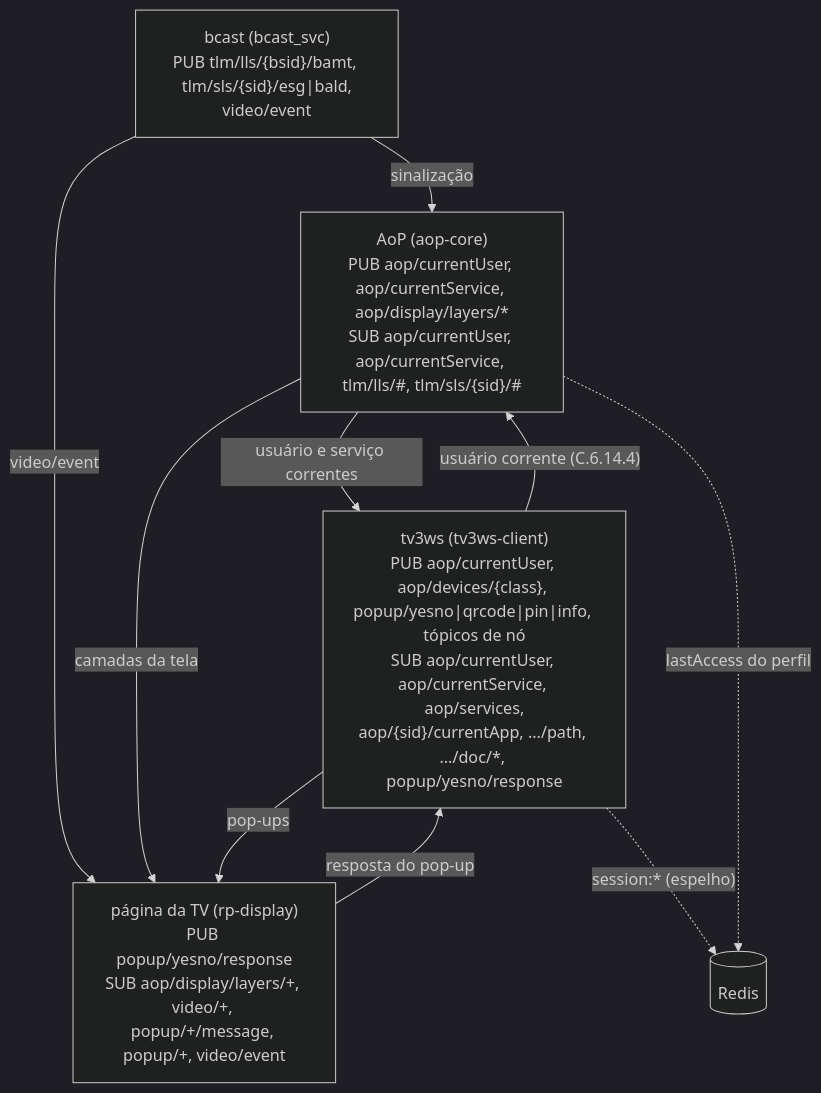
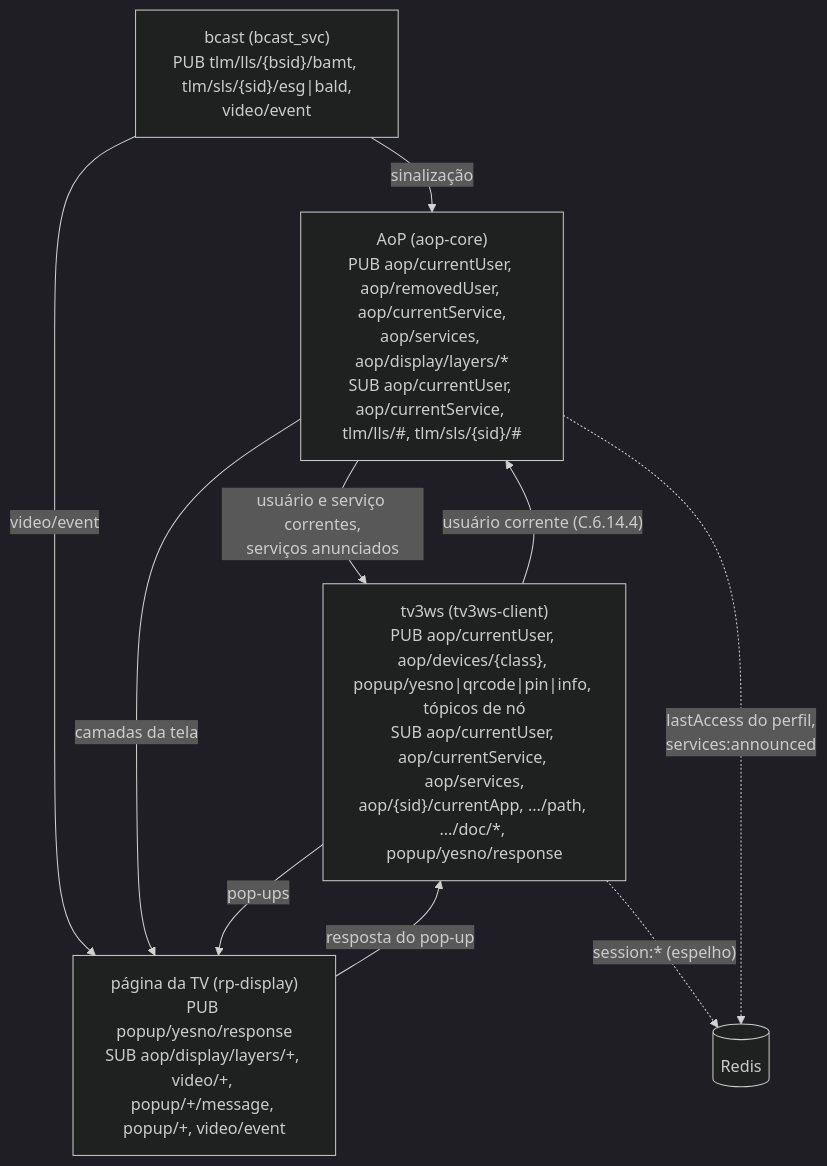
One commit to multisens/Infra changed the diagram in docs/08-mqtt-map.md. Above: the diagram before and after it, drawn with Mermaid (dark theme). The commit also changed other lines of this file and 27 other files, not shown here.

````diff
--- a/docs/08-mqtt-map.md
+++ b/docs/08-mqtt-map.md
@@ -166,18 +176,18 @@
 ```mermaid
 graph TD
     BC["bcast (bcast_svc)<br/>PUB tlm/lls/{bsid}/bamt, tlm/sls/{sid}/esg|bald,<br/>video/event"]
-    AOP["AoP (aop-core)<br/>PUB aop/currentUser, aop/currentService, aop/display/layers/*<br/>SUB aop/currentUser, aop/currentService, tlm/lls/#, tlm/sls/{sid}/#"]
+    AOP["AoP (aop-core)<br/>PUB aop/currentUser, aop/removedUser, aop/currentService,<br/>aop/services, aop/display/layers/*<br/>SUB aop/currentUser, aop/currentService, tlm/lls/#, tlm/sls/{sid}/#"]
     TV3["tv3ws (tv3ws-client)<br/>PUB aop/currentUser, aop/devices/{class}, popup/yesno|qrcode|pin|info, tópicos de nó<br/>SUB aop/currentUser, aop/currentService, aop/services,<br/>aop/{sid}/currentApp, .../path, .../doc/*, popup/yesno/response"]
     PG["página da TV (rp-display)<br/>PUB popup/yesno/response<br/>SUB aop/display/layers/+, video/+, popup/+/message, popup/+, video/event"]
     RE[("Redis")]
 
     BC -->|"sinalização"| AOP
     BC -->|"video/event"| PG
-    AOP -->|"usuário e serviço correntes"| TV3
+    AOP -->|"usuário e serviço correntes,<br/>serviços anunciados"| TV3
     TV3 -->|"usuário corrente (C.6.14.4)"| AOP
     AOP -->|"camadas da tela"| PG
     TV3 -->|"pop-ups"| PG
     PG -->|"resposta do pop-up"| TV3
     TV3 -.->|"session:* (espelho)"| RE
-    AOP -.->|"lastAccess do perfil"| RE
+    AOP -.->|"lastAccess do perfil,<br/>services:announced"| RE
 ```
````
